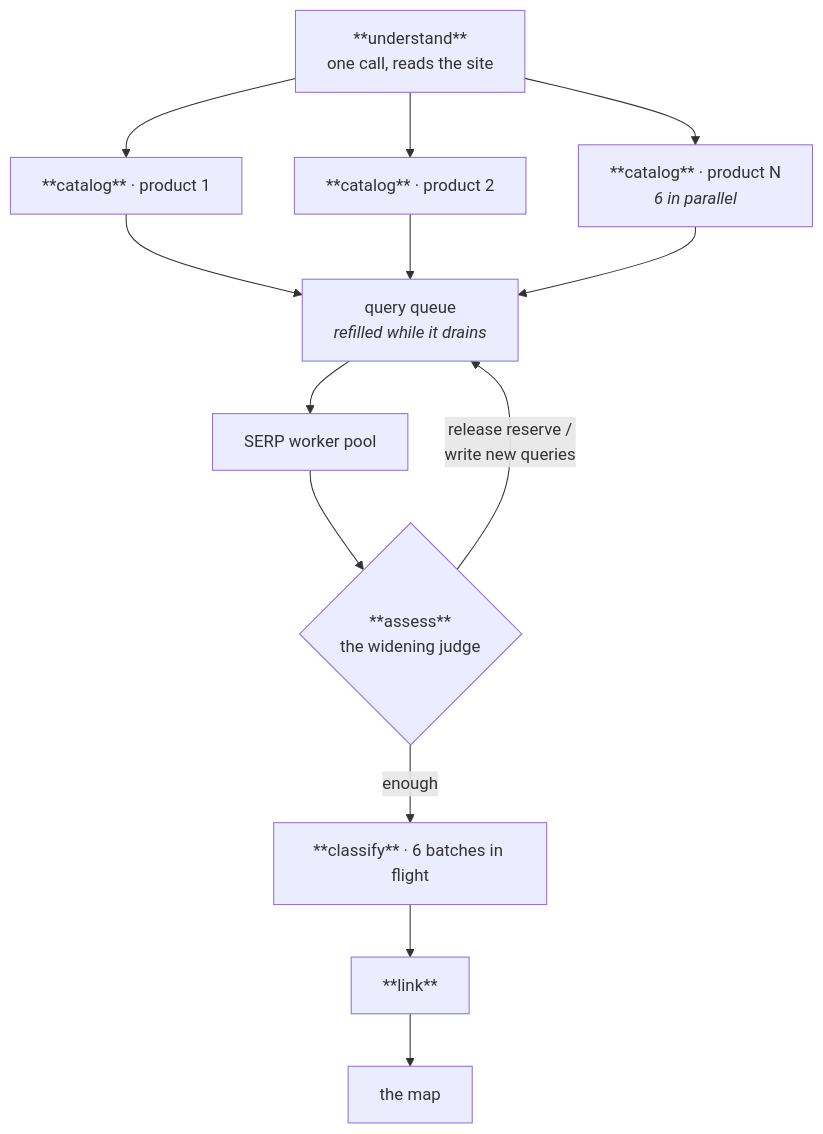
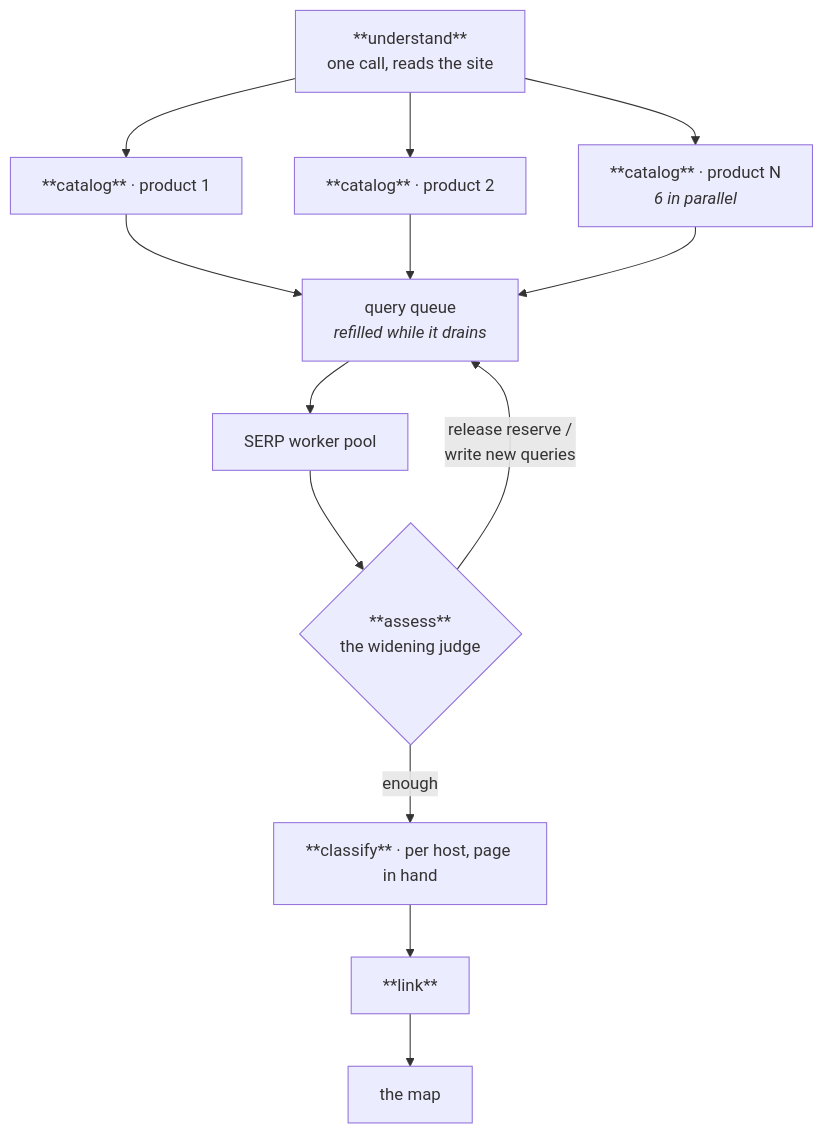
One commit to mo-root/open-kb changed the third of 3 diagrams in README.md. Above: the diagram before and after it, drawn with Mermaid. The commit also changed other lines of this file, not shown here.

````diff
--- a/README.md
+++ b/README.md
@@ -118,12 +118,12 @@
 ```mermaid
 flowchart TD
     U["**understand**<br/>one call, reads the site"] --> C1["**catalog** · product 1"]
     U --> C2["**catalog** · product 2"]
     U --> C3["**catalog** · product N<br/><i>6 in parallel</i>"]
     C1 & C2 & C3 --> Q["query queue<br/><i>refilled while it drains</i>"]
     Q --> W["SERP worker pool"]
     W --> A{"**assess**<br/>the widening judge"}
     A -- "release reserve /<br/>write new queries" --> Q
-    A -- "enough" --> K["**classify** · 6 batches in flight"]
+    A -- "enough" --> K["**classify** · per host, page in hand"]
     K --> L["**link**"] --> M["the map"]
 ```
````
